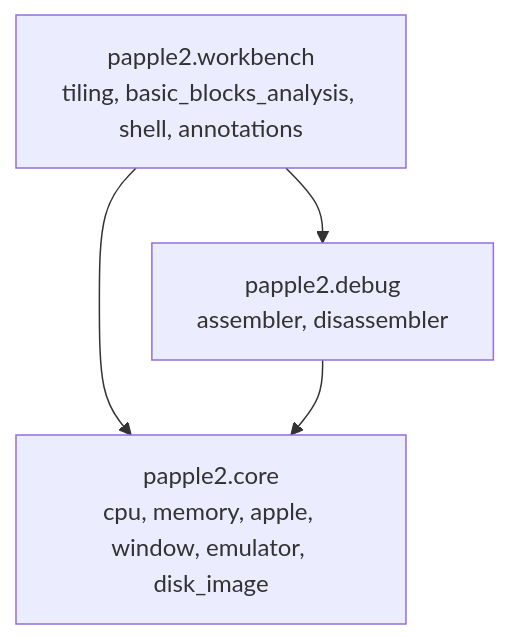
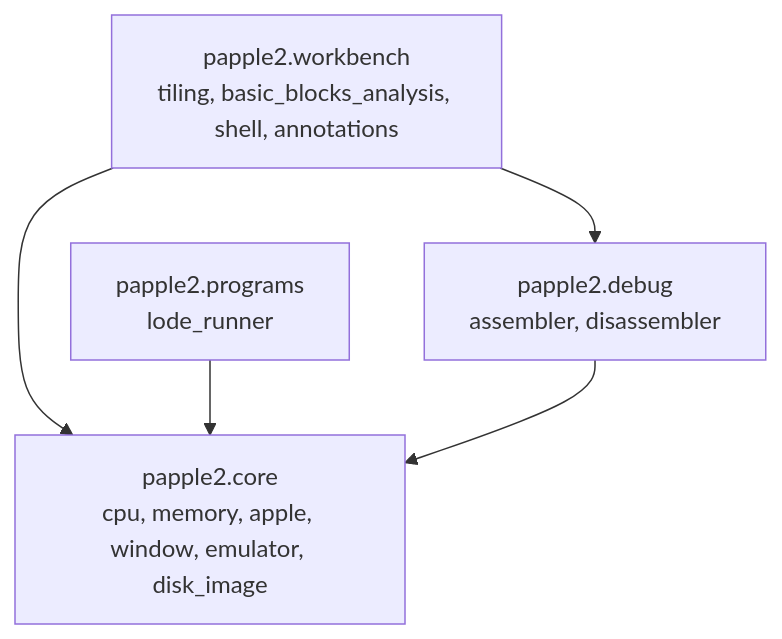
One commit to fschuhi/papple2 changed the first of 4 diagrams in README.md. Above: the diagram before and after it, drawn with Mermaid. The commit also changed other lines of this file and 2 other files, not shown here.

````diff
--- a/README.md
+++ b/README.md
@@ -74,10 +77,12 @@
 ```mermaid
 graph TD
     WORKBENCH["papple2.workbench<br/>tiling, basic_blocks_analysis, shell, annotations"]
+    PROGRAMS["papple2.programs<br/>lode_runner"]
     DEBUG["papple2.debug<br/>assembler, disassembler"]
     CORE["papple2.core<br/>cpu, memory, apple, window, emulator, disk_image"]
 
     WORKBENCH --> CORE
     WORKBENCH --> DEBUG
+    PROGRAMS --> CORE
     DEBUG --> CORE
 ```
````
